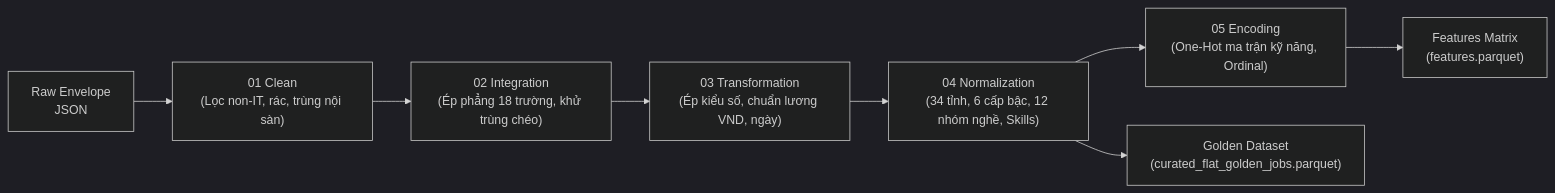
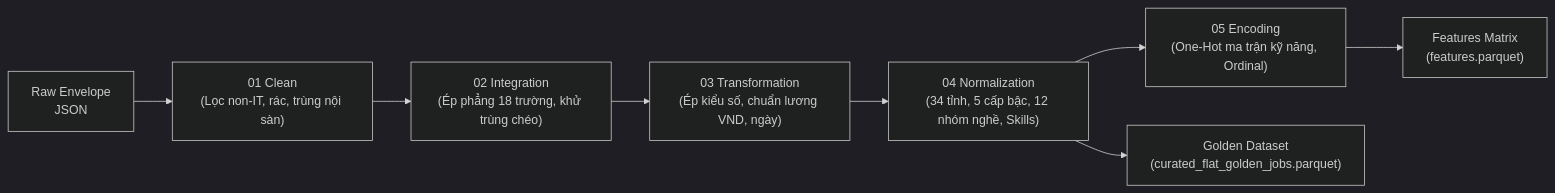
One commit to Archduker/VN-IT-Job-Mining changed the second of 3 diagrams in docs/spec/03_data_mining_lifecycle.md. Above: the diagram before and after it, drawn with Mermaid (dark theme). The commit also changed other lines of this file and 11 other files, not shown here.

First line of the commit message:
docs: chốt 5 cấp bậc của Duy, sửa spec/README/prompt nháp; ghi việc còn lại của PRE-22

````diff
--- a/docs/spec/03_data_mining_lifecycle.md
+++ b/docs/spec/03_data_mining_lifecycle.md
@@ -106,10 +106,10 @@
 ```mermaid
 flowchart LR
     Raw["Raw Envelope\nJSON"] --> B1["01 Clean\n(Lọc non-IT, rác, trùng nội sàn)"]
     B1 --> B2["02 Integration\n(Ép phẳng 18 trường, khử trùng chéo)"]
     B2 --> B3["03 Transformation\n(Ép kiểu số, chuẩn lương VND, ngày)"]
-    B3 --> B4["04 Normalization\n(34 tỉnh, 6 cấp bậc, 12 nhóm nghề, Skills)"]
+    B3 --> B4["04 Normalization\n(34 tỉnh, 5 cấp bậc, 12 nhóm nghề, Skills)"]
     B4 --> B5["05 Encoding\n(One-Hot ma trận kỹ năng, Ordinal)"]
     B4 --> Golden["Golden Dataset\n(curated_flat_golden_jobs.parquet)"]
     B5 --> Features["Features Matrix\n(features.parquet)"]
 ```
````
